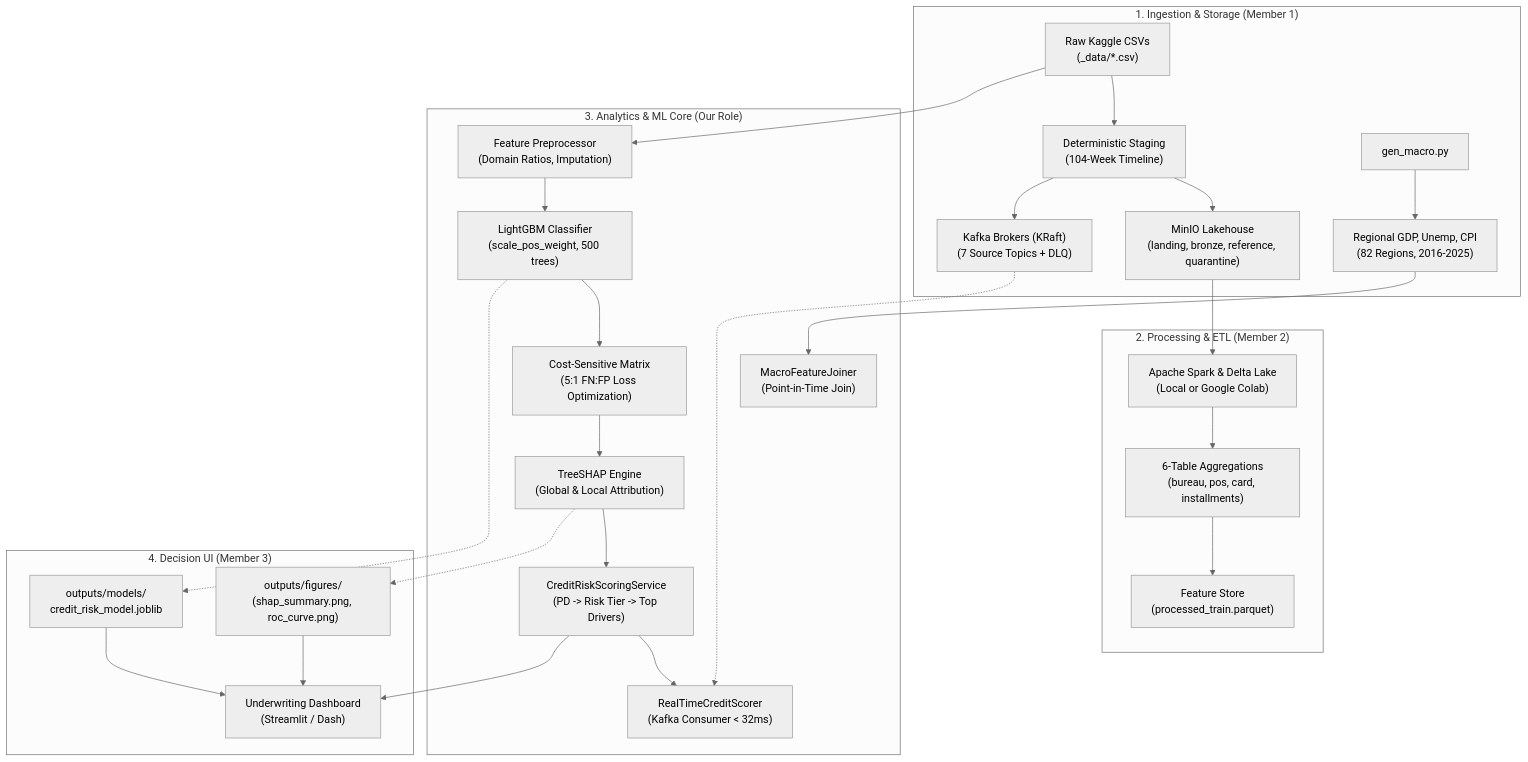
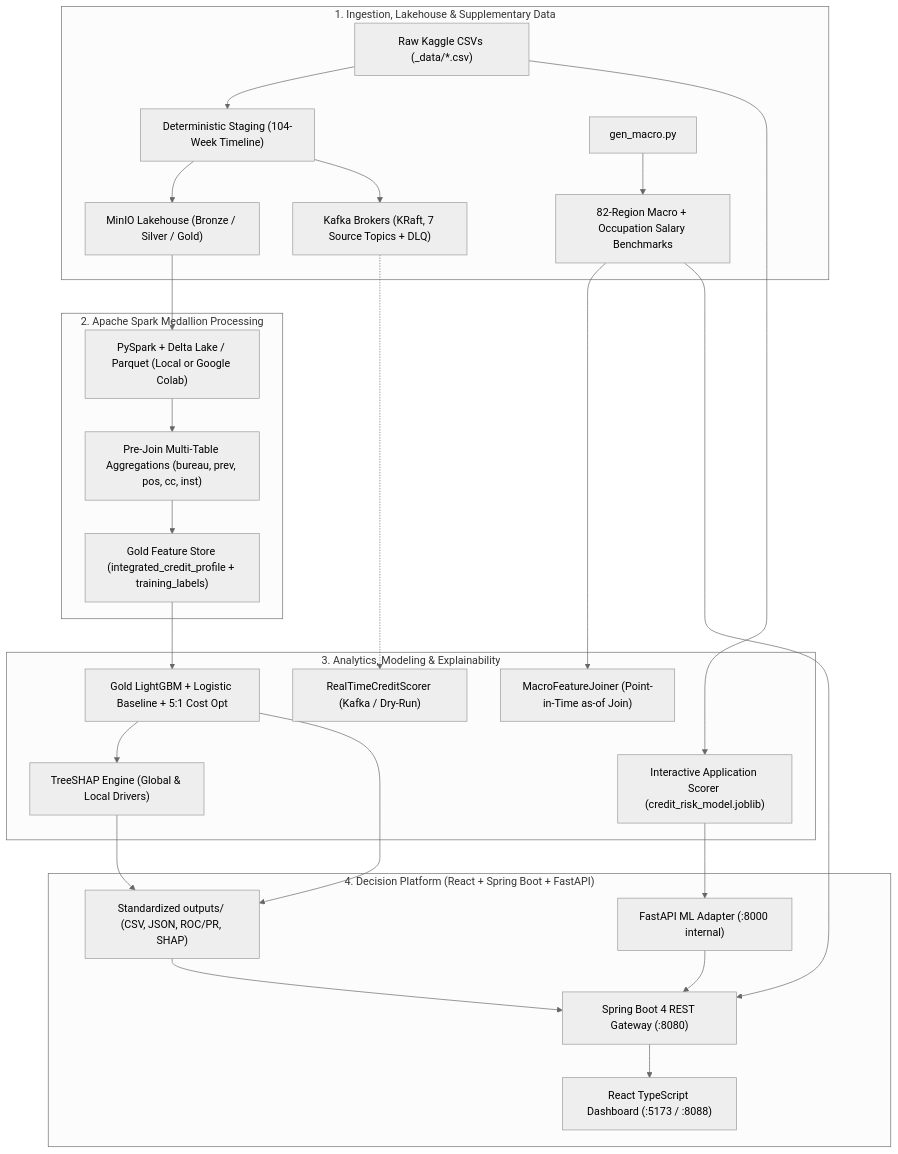
The first of 5 diagrams in README.md (limasite48/it5427-credit_risk_bigdata), drawn with Mermaid (neutral theme) before and after one commit. The commit also changed other lines of this file and 64 other files, not shown here.

````diff
--- a/README.md
+++ b/README.md
@@ -90,34 +92,33 @@
 ```mermaid
 flowchart TD
-    subgraph S1["1. Ingestion & Storage (Member 1)"]
-        RawCSV["Raw Kaggle CSVs\n(_data/*.csv)"] --> Stage["Deterministic Staging\n(104-Week Timeline)"]
-        Stage --> MinIOLake["MinIO Lakehouse\n(landing, bronze, reference, quarantine)"]
-        Stage --> Kafka["Kafka Brokers (KRaft)\n(7 Source Topics + DLQ)"]
-        MacroSim["gen_macro.py"] --> MacroData["Regional GDP, Unemp, CPI\n(82 Regions, 2016-2025)"]
+    subgraph S1["1. Ingestion, Lakehouse & Supplementary Data"]
+        RawCSV["Raw Kaggle CSVs (_data/*.csv)"] --> Stage["Deterministic Staging (104-Week Timeline)"]
+        Stage --> MinIOLake["MinIO Lakehouse (Bronze / Silver / Gold)"]
+        Stage --> Kafka["Kafka Brokers (KRaft, 7 Source Topics + DLQ)"]
+        MacroSim["gen_macro.py"] --> MacroData["82-Region Macro + Occupation Salary Benchmarks"]
     end
 
-    subgraph S2["2. Processing & ETL (Member 2)"]
-        MinIOLake --> Spark["Apache Spark & Delta Lake\n(Local or Google Colab)"]
-        Spark --> AggFeats["6-Table Aggregations\n(bureau, pos, card, installments)"]
-        AggFeats --> ProcessedStore["Feature Store\n(processed_train.parquet)"]
+    subgraph S2["2. Apache Spark Medallion Processing"]
+        MinIOLake --> Spark["PySpark + Delta Lake / Parquet (Local or Google Colab)"]
+        Spark --> AggFeats["Pre-Join Multi-Table Aggregations (bureau, prev, pos, cc, inst)"]
+        AggFeats --> GoldStore["Gold Feature Store (integrated_credit_profile + training_labels)"]
     end
 
-    subgraph S3["3. Analytics & ML Core (Our Role)"]
-        RawCSV --> Preproc["Feature Preprocessor\n(Domain Ratios, Imputation)"]
-        MacroData --> MacroJoin["MacroFeatureJoiner\n(Point-in-Time Join)"]
-        Preproc --> ModelLGBM["LightGBM Classifier\n(scale_pos_weight, 500 trees)"]
-        ModelLGBM --> CostOpt["Cost-Sensitive Matrix\n(5:1 FN:FP Loss Optimization)"]
-        CostOpt --> XAI["TreeSHAP Engine\n(Global & Local Attribution)"]
-        XAI --> ScoringEngine["CreditRiskScoringService\n(PD -> Risk Tier -> Top Drivers)"]
-        Kafka -.-> RealTimeConsumer["RealTimeCreditScorer\n(Kafka Consumer < 32ms)"]
-        ScoringEngine --> RealTimeConsumer
+    subgraph S3["3. Analytics, Modeling & Explainability"]
+        GoldStore --> GoldTrain["Gold LightGBM + Logistic Baseline + 5:1 Cost Opt"]
+        RawCSV --> RealTimeTrain["Interactive Application Scorer (credit_risk_model.joblib)"]
+        MacroData --> MacroJoin["MacroFeatureJoiner (Point-in-Time as-of Join)"]
+        GoldTrain --> XAI["TreeSHAP Engine (Global & Local Drivers)"]
+        Kafka -.-> RealTimeConsumer["RealTimeCreditScorer (Kafka / Dry-Run)"]
     end
 
-    subgraph S4["4. Decision UI (Member 3)"]
-        ScoringEngine --> DashUI["Underwriting Dashboard\n(Streamlit / Dash)"]
-        ModelLGBM -.-> ModelArtifact["outputs/models/\ncredit_risk_model.joblib"]
-        XAI -.-> Figures["outputs/figures/\n(shap_summary.png, roc_curve.png)"]
-        ModelArtifact --> DashUI
-        Figures --> DashUI
+    subgraph S4["4. Decision Platform (React + Spring Boot + FastAPI)"]
+        RealTimeTrain --> MLAdapter["FastAPI ML Adapter (:8000 internal)"]
+        GoldTrain --> Outputs["Standardized outputs/ (CSV, JSON, ROC/PR, SHAP)"]
+        XAI --> Outputs
+        MLAdapter --> Gateway["Spring Boot 4 REST Gateway (:8080)"]
+        Outputs --> Gateway
+        MacroData --> Gateway
+        Gateway --> DashUI["React TypeScript Dashboard (:5173 / :8088)"]
     end
 ```
````
